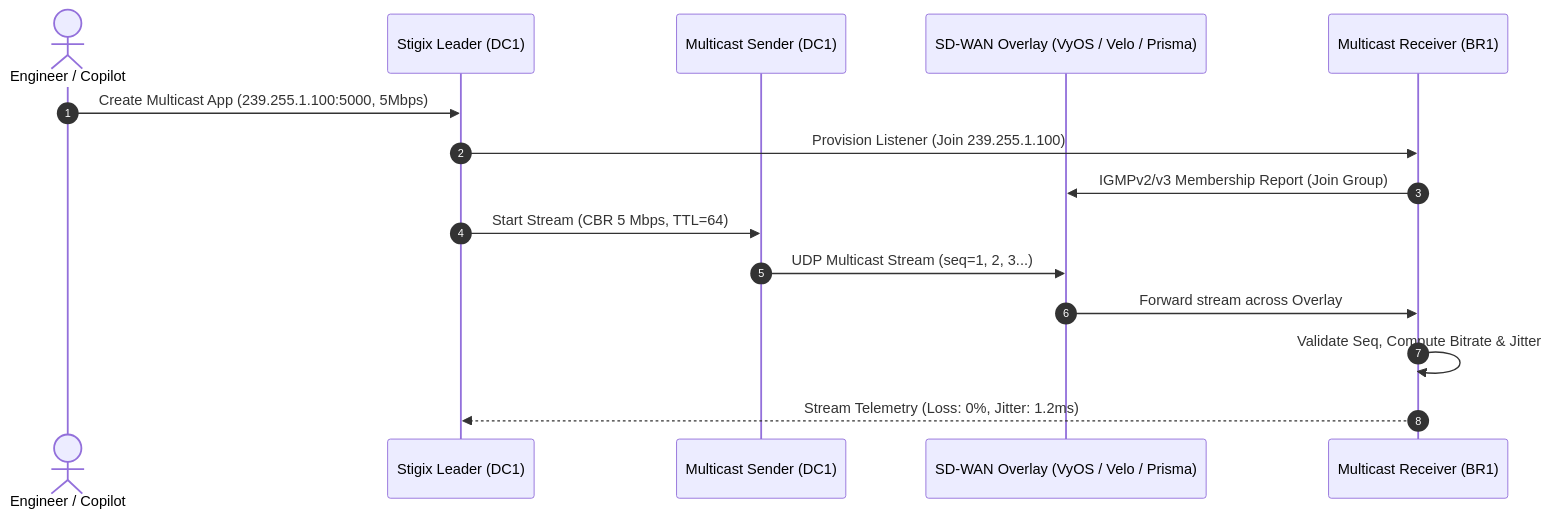
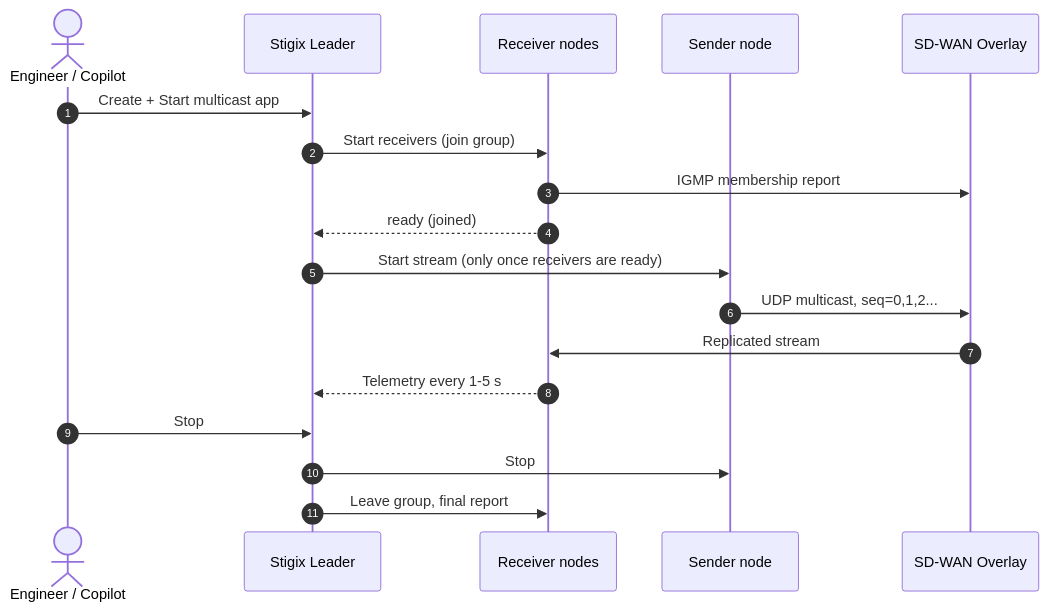
One commit to jsuzanne/stigix changed the second of 2 diagrams in docs/PRD_MULTICAST_SDWAN_OVERLAY.md. Above: the diagram before and after it, drawn with Mermaid. The commit also changed other lines of this file, not shown here.

Commit message:
docs: revise multicast PRD (code alignment, scenarios, API, risks)

````diff
--- a/docs/PRD_MULTICAST_SDWAN_OVERLAY.md
+++ b/docs/PRD_MULTICAST_SDWAN_OVERLAY.md
@@ -116,18 +130,21 @@
 ```mermaid
 sequenceDiagram
     autonumber
     actor User as Engineer / Copilot
-    participant Leader as Stigix Leader (DC1)
-    participant Sender as Multicast Sender (DC1)
-    participant SDWAN as SD-WAN Overlay (VyOS / Velo / Prisma)
-    participant Receiver as Multicast Receiver (BR1)
+    participant Leader as Stigix Leader
+    participant Recv as Receiver nodes
+    participant Send as Sender node
+    participant Net as SD-WAN Overlay
 
-    User->>Leader: Create Multicast App (239.255.1.100:5000, 5Mbps)
-    Leader->>Receiver: Provision Listener (Join 239.255.1.100)
-    Receiver->>SDWAN: IGMPv2/v3 Membership Report (Join Group)
-    Leader->>Sender: Start Stream (CBR 5 Mbps, TTL=64)
-    Sender->>SDWAN: UDP Multicast Stream (seq=1, 2, 3...)
-    SDWAN->>Receiver: Forward stream across Overlay
-    Receiver->>Receiver: Validate Seq, Compute Bitrate & Jitter
-    Receiver-->>Leader: Stream Telemetry (Loss: 0%, Jitter: 1.2ms)
+    User->>Leader: Create + Start multicast app
+    Leader->>Recv: Start receivers (join group)
+    Recv->>Net: IGMP membership report
+    Recv-->>Leader: ready (joined)
+    Leader->>Send: Start stream (only once receivers are ready)
+    Send->>Net: UDP multicast, seq=0,1,2...
+    Net->>Recv: Replicated stream
+    Recv-->>Leader: Telemetry every 1-5 s
+    User->>Leader: Stop
+    Leader->>Send: Stop
+    Leader->>Recv: Leave group, final report
 ```
````
